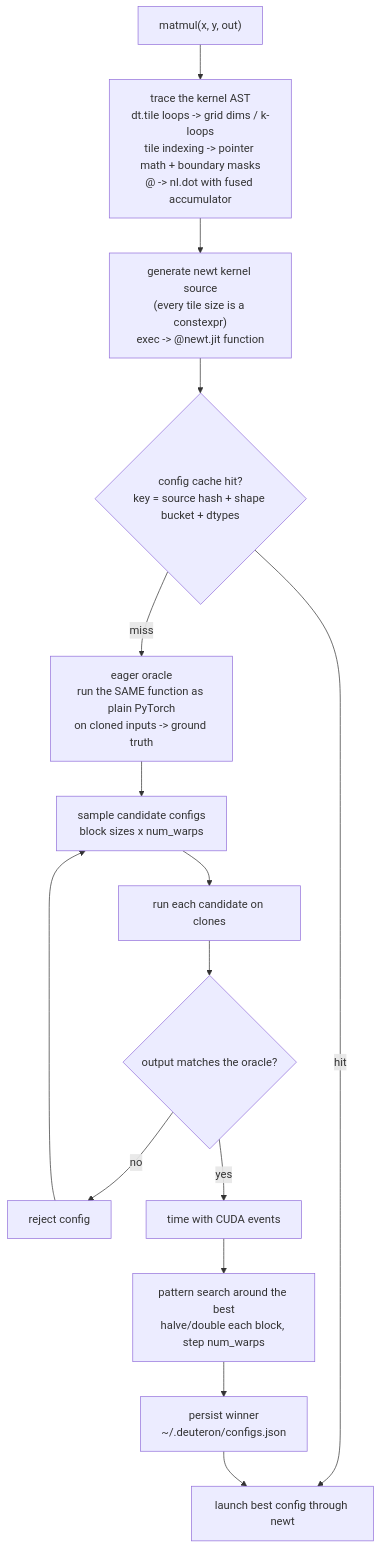
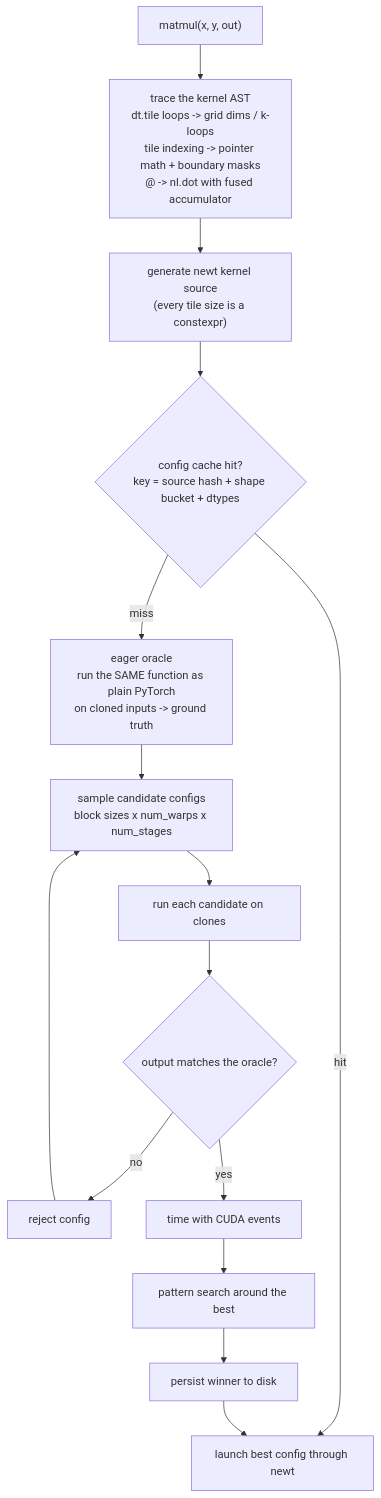
One commit to arpitsinghgautam/newt changed the third of 3 diagrams in README.md. Above: the diagram before and after it, drawn with Mermaid. The commit also changed other lines of this file and 2 other files, not shown here.

````diff
--- a/README.md
+++ b/README.md
@@ -106,16 +175,16 @@
 ```mermaid
 flowchart TD
     A["matmul(x, y, out)"] --> B["trace the kernel AST<br/>dt.tile loops -> grid dims / k-loops<br/>tile indexing -> pointer math + boundary masks<br/>@ -> nl.dot with fused accumulator"]
-    B --> C["generate newt kernel source<br/>(every tile size is a constexpr)<br/>exec -> @newt.jit function"]
+    B --> C["generate newt kernel source<br/>(every tile size is a constexpr)"]
     C --> D{"config cache hit?<br/>key = source hash + shape bucket + dtypes"}
     D -- "hit" --> K["launch best config through newt"]
     D -- "miss" --> E["eager oracle<br/>run the SAME function as plain PyTorch<br/>on cloned inputs -> ground truth"]
-    E --> F["sample candidate configs<br/>block sizes x num_warps"]
+    E --> F["sample candidate configs<br/>block sizes x num_warps x num_stages"]
     F --> G["run each candidate on clones"]
     G --> H{"output matches the oracle?"}
     H -- "no" --> R["reject config"] --> F
     H -- "yes" --> I["time with CUDA events"]
-    I --> J["pattern search around the best<br/>halve/double each block, step num_warps"]
-    J --> P["persist winner<br/>~/.deuteron/configs.json"]
+    I --> J["pattern search around the best"]
+    J --> P["persist winner to disk"]
     P --> K
 ```
````
